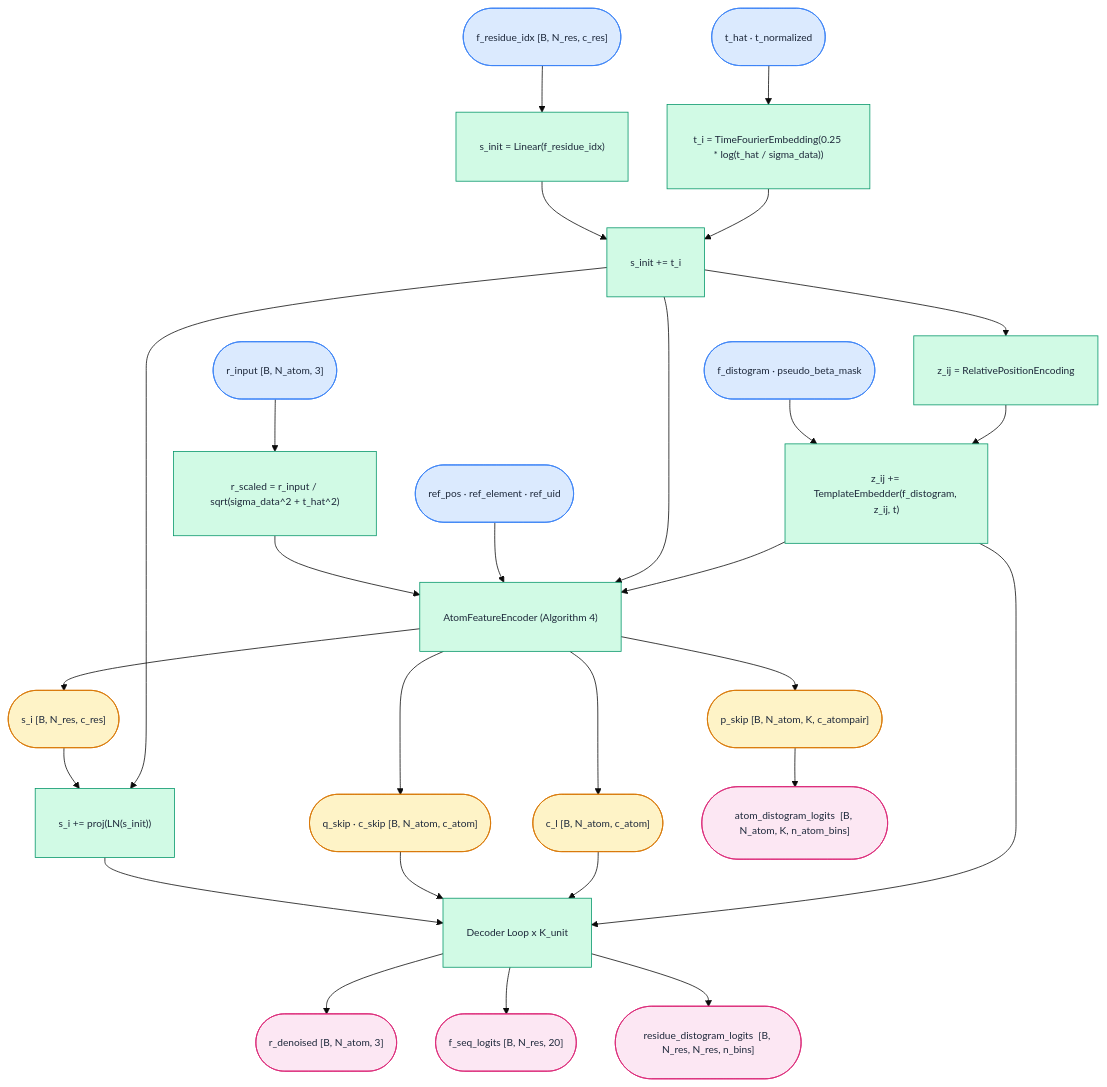
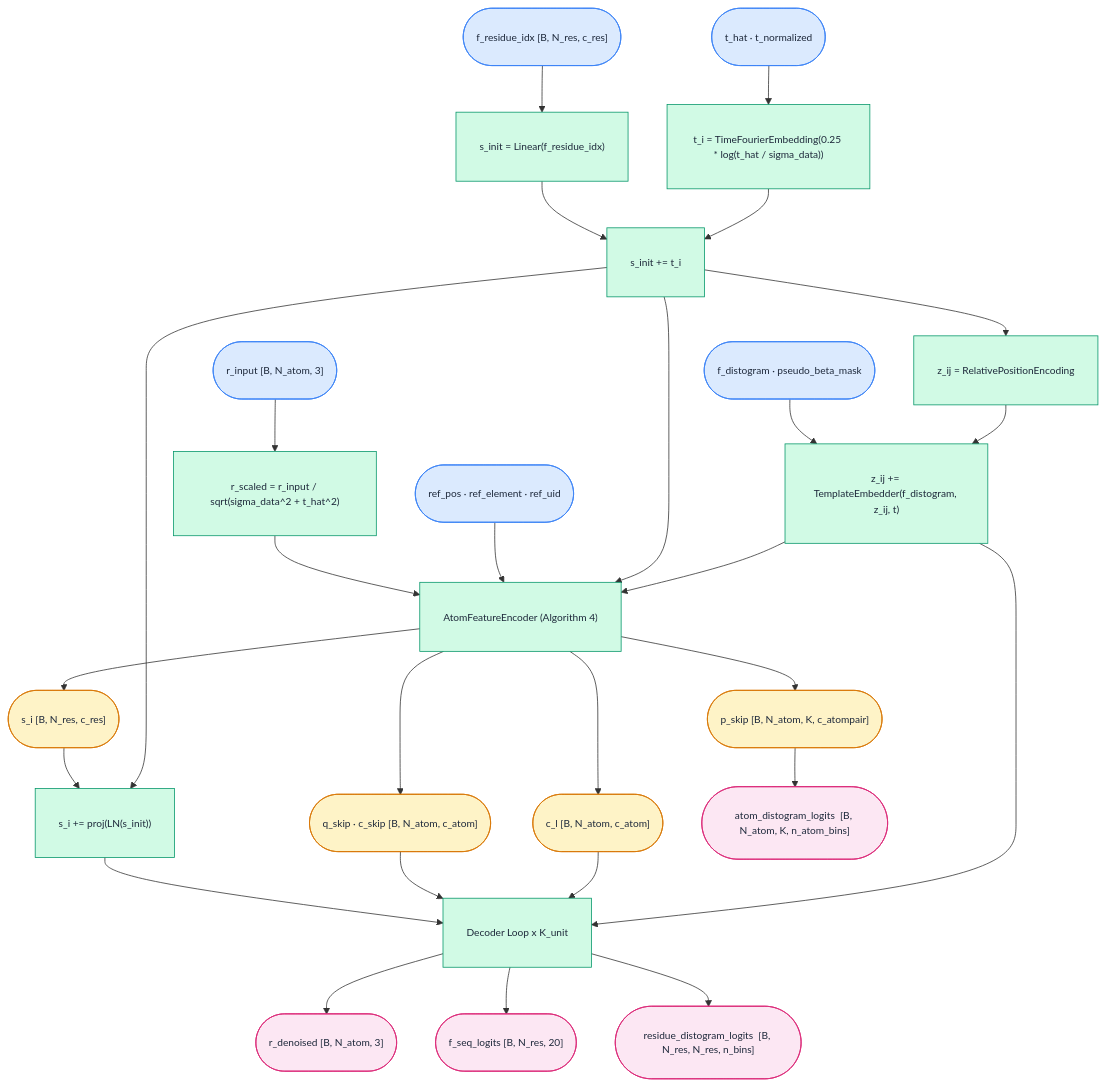
Before and after one commit to tmatteso/diffusion: the first of 3 diagrams in docs/architecture.rst, drawn with Mermaid. The commit also changed other lines of this file and 4 other files, not shown here.

Commit message:
fixed mermaid plots

```diff
--- a/docs/architecture.rst
+++ b/docs/architecture.rst
@@ -16,46 +16,45 @@
 .. mermaid::
 
-   %%{init: {'theme': 'base', 'themeVariables': {'fontSize': '15px'}}}%%
    flowchart TD
        classDef inp  fill:#dbeafe,stroke:#3b82f6,color:#1e293b,font-size:13px,padding:8px
        classDef proc fill:#d1fae5,stroke:#059669,color:#1e293b,font-size:13px,padding:8px
        classDef skip fill:#fef3c7,stroke:#d97706,color:#1e293b,font-size:13px,padding:8px
        classDef out  fill:#fce7f3,stroke:#db2777,color:#1e293b,font-size:13px,padding:8px
 
        I1(["r_input  [B, N_atom, 3]"]):::inp
        I2(["f_residue_idx  [B, N_res, c_res]"]):::inp
        I3(["f_distogram · pseudo_beta_mask"]):::inp
        I4(["ref_pos · ref_element · ref_uid"]):::inp
        I5(["t_hat · t_normalized"]):::inp
 
        I1  --> P1["r_scaled = r_input / sqrt(sigma_data^2 + t_hat^2)"]:::proc
        I2  --> P2["s_init = Linear(f_residue_idx)"]:::proc
        I5  --> P3["t_i = TimeFourierEmbedding(0.25 * log(t_hat / sigma_data))"]:::proc
        P2  --> P4["s_init += t_i"]:::proc
        P3  --> P4
 
        P4  --> P5["z_ij = RelativePositionEncoding"]:::proc
        I3  --> P6["z_ij += TemplateEmbedder(f_distogram, z_ij, t)"]:::proc
        P5  --> P6
 
        P1  --> P7["AtomFeatureEncoder  (Algorithm 4)"]:::proc
        I4  --> P7
        P4  --> P7
        P6  --> P7
        P7  --> SK1(["s_i  [B, N_res, c_res]"]):::skip
        P7  --> SK2(["q_skip · c_skip  [B, N_atom, c_atom]"]):::skip
        P7  --> SK3(["p_skip  [B, N_atom, K, c_atompair]"]):::skip
        P7  --> SK4(["c_l  [B, N_atom, c_atom]"]):::skip
 
        SK1 --> P8["s_i += proj(LN(s_init))"]:::proc
        P4  --> P8
 
        P8  --> DL["Decoder Loop x K_unit"]:::proc
        SK2 --> DL
        SK4 --> DL
        P6  --> DL
 
        DL  --> O1(["r_denoised  [B, N_atom, 3]"]):::out
        DL  --> O2(["f_seq_logits  [B, N_res, 20]"]):::out
        DL  --> O3(["residue_distogram_logits  [B, N_res, N_res, n_bins]"]):::out
        SK3 --> O4(["atom_distogram_logits  [B, N_atom, K, n_atom_bins]"]):::out
```
